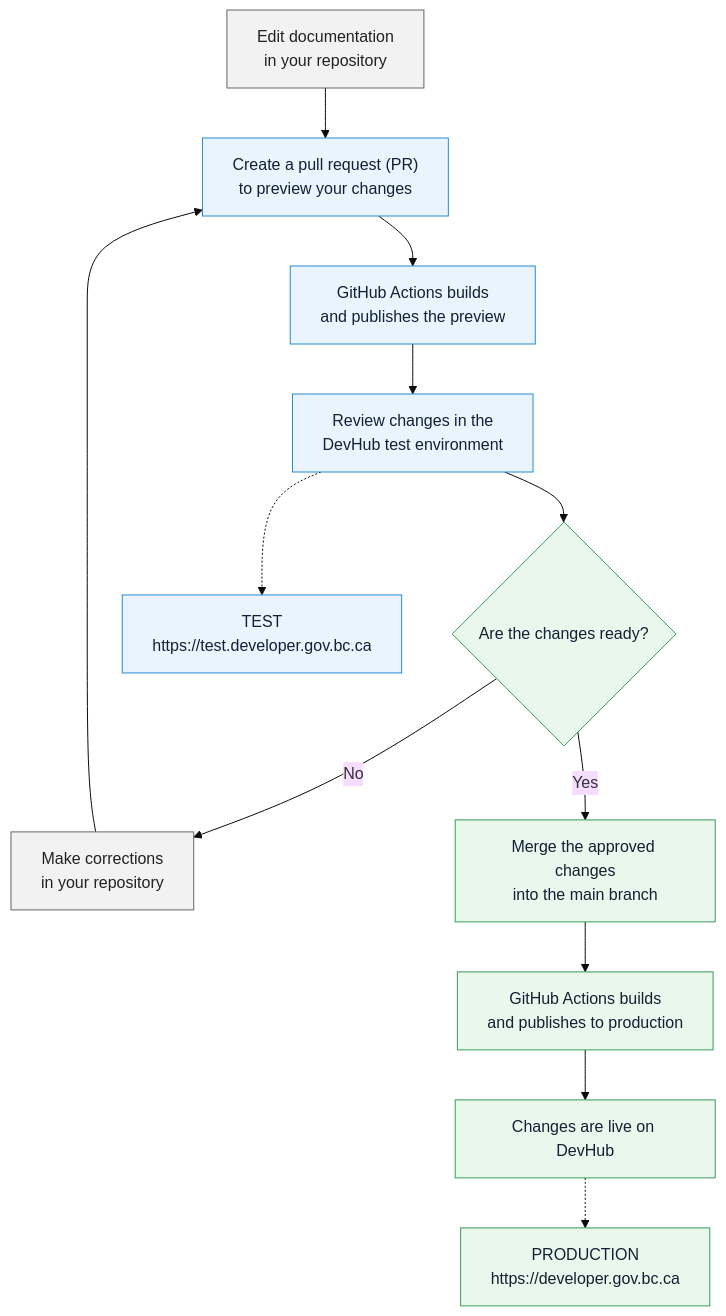
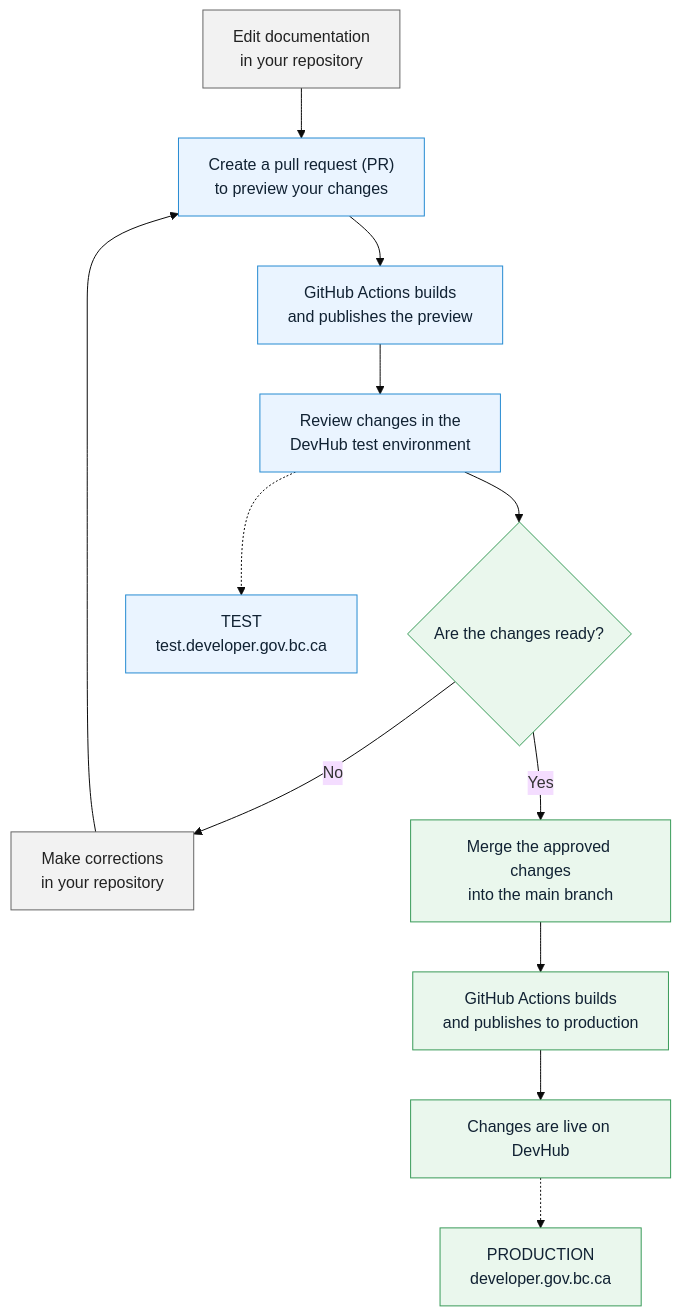
Before and after one commit to bcgov/bcdg: the second of 2 diagrams in docs/content-partner-guide.md, drawn with Mermaid (base theme). The commit also changed other lines of this file, not shown here.

````diff
--- a/docs/content-partner-guide.md
+++ b/docs/content-partner-guide.md
@@ -207,25 +212,28 @@
 ```mermaid
 flowchart TD
     A["Edit documentation<br/>in your repository"] --> B["Create a pull request (PR)<br/>to preview your changes"]
     B --> C["GitHub Actions builds<br/>and publishes the preview"]
     C --> D["Review changes in the<br/>DevHub test environment"]
     D --> E{"Are the changes ready?"}
 
     E -->|No| F["Make corrections<br/>in your repository"]
     F --> B
 
     E -->|Yes| G["Merge the approved changes<br/>into the main branch"]
     G --> H["GitHub Actions builds<br/>and publishes to production"]
     H --> I["Changes are live on DevHub"]
 
-    D -.-> J["TEST<br/>https://test.developer.gov.bc.ca"]
-    I -.-> K["PRODUCTION<br/>https://developer.gov.bc.ca"]
+    D -.-> J["TEST<br/>test.developer.gov.bc.ca"]
+    I -.-> K["PRODUCTION<br/>developer.gov.bc.ca"]
 
     classDef author fill:#f2f2f2,stroke:#666,color:#222
     classDef preview fill:#eaf4ff,stroke:#268bd2,color:#123
     classDef production fill:#eaf7ed,stroke:#399b59,color:#123
 
     class A,F author
     class B,C,D,J preview
     class E,G,H,I,K production
+
+    click J "https://test.developer.gov.bc.ca" "Open DevHub test environment" _blank
+    click K "https://developer.gov.bc.ca" "Open DevHub production site" _blank
 ```
````
